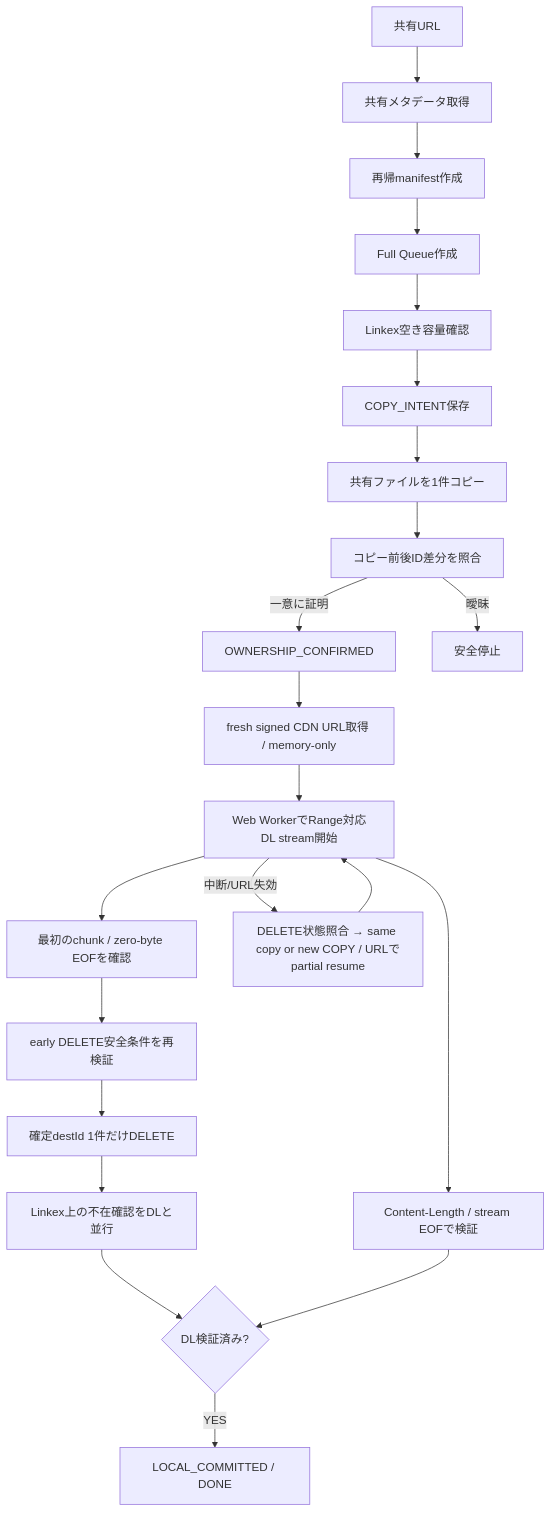
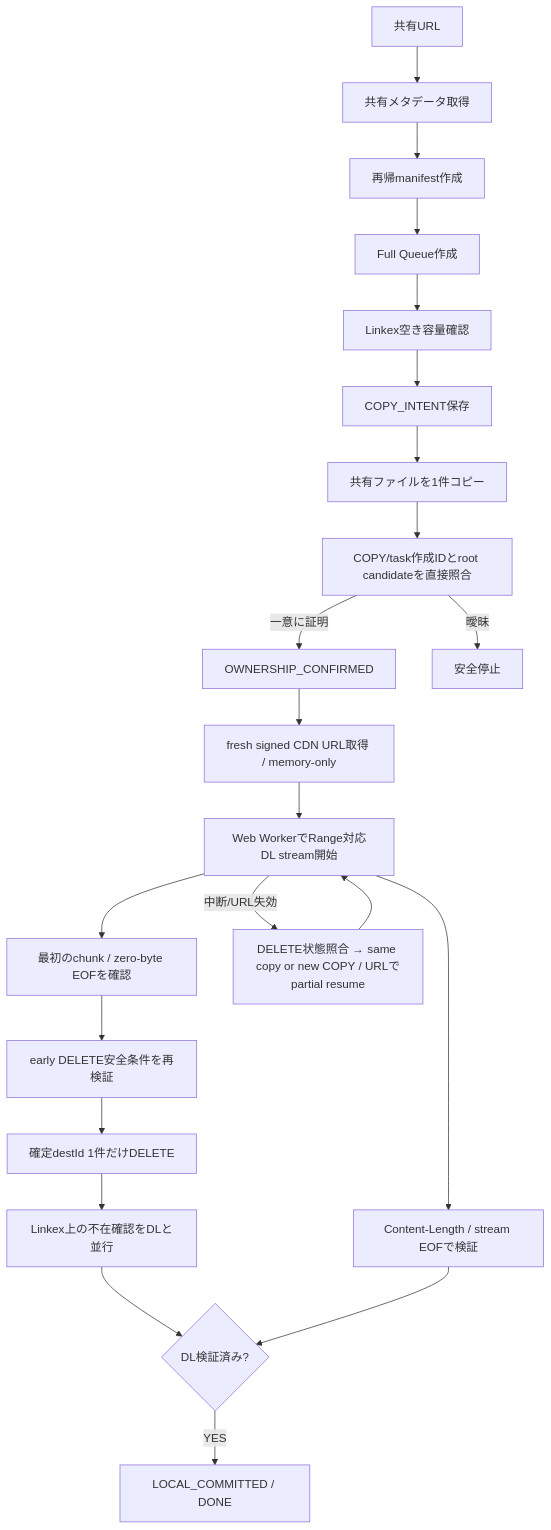
One commit to Hoyomaru/Linkex-Downloader changed the first of 3 diagrams in docs/ARCHITECTURE.md. Above: the diagram before and after it, drawn with Mermaid. The commit also changed other lines of this file and 18 other files, not shown here.

````diff
--- a/docs/ARCHITECTURE.md
+++ b/docs/ARCHITECTURE.md
@@ -13,24 +13,24 @@
 ```mermaid
 flowchart TD
     A[共有URL] --> B[共有メタデータ取得]
     B --> C[再帰manifest作成]
     C --> D[Full Queue作成]
     D --> E[Linkex空き容量確認]
     E --> F[COPY_INTENT保存]
     F --> G[共有ファイルを1件コピー]
-    G --> H[コピー前後ID差分を照合]
+    G --> H[COPY/task作成IDとroot candidateを直接照合]
     H -->|一意に証明| I[OWNERSHIP_CONFIRMED]
     H -->|曖昧| X[安全停止]
     I --> J[fresh signed CDN URL取得 / memory-only]
     J --> K[Web WorkerでRange対応DL stream開始]
     K --> S[最初のchunk / zero-byte EOFを確認]
     S --> N[early DELETE安全条件を再検証]
     N --> O[確定destId 1件だけDELETE]
     O --> P[Linkex上の不在確認をDLと並行]
     K --> L[Content-Length / stream EOFで検証]
     P --> Q{DL検証済み?}
     L --> Q
     Q -->|YES| M[LOCAL_COMMITTED / DONE]
     K -->|中断/URL失効| R[DELETE状態照合 → same copy or new COPY / URLでpartial resume]
     R --> K
 ```
````
